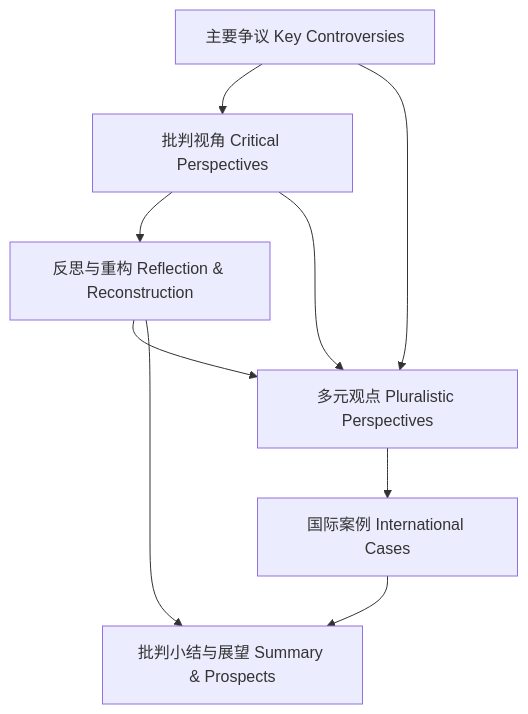
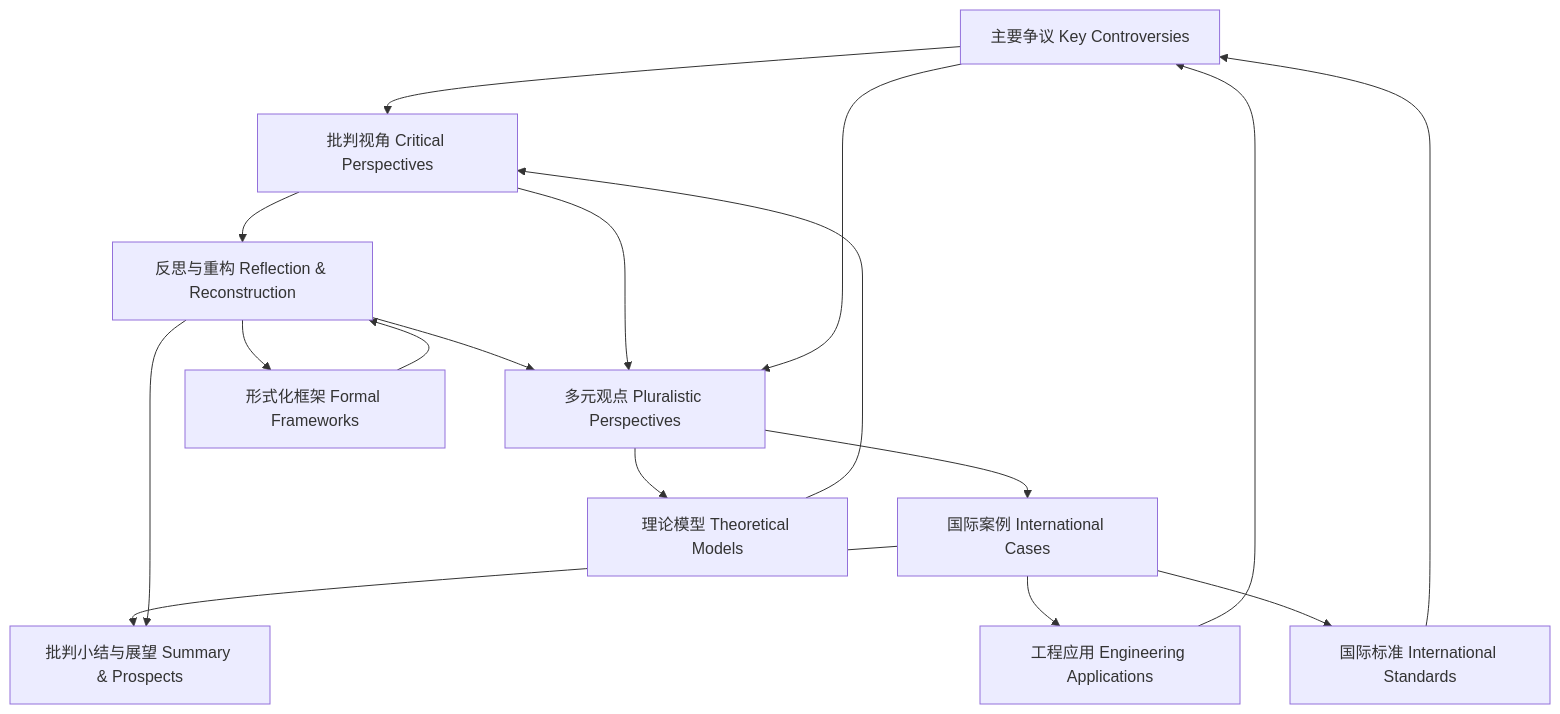
The diagram in 8.网络系统/8.2 批判分析/8.2.7 批判分析知识图谱.md (AdaMartin18010/SystemOSIOT), drawn with Mermaid before and after one commit. The commit also changed other lines of this file and 2 other files, not shown here.

````diff
--- a/8.网络系统/8.2 批判分析/8.2.7 批判分析知识图谱.md
+++ b/8.网络系统/8.2 批判分析/8.2.7 批判分析知识图谱.md
@@ -38,13 +87,26 @@
 ```mermaid
 graph TD
   A[主要争议 Key Controversies]
   B[批判视角 Critical Perspectives]
   C[反思与重构 Reflection & Reconstruction]
   D[多元观点 Pluralistic Perspectives]
   E[国际案例 International Cases]
   F[批判小结与展望 Summary & Prospects]
+  G[工程应用 Engineering Applications]
+  H[国际标准 International Standards]
+  I[理论模型 Theoretical Models]
+  J[形式化框架 Formal Frameworks]
+  
   A --> B --> C --> D --> E --> F
   B --> D
   A --> D
   C --> F
+  G --> A
+  H --> A
+  I --> B
+  J --> C
+  E --> G
+  E --> H
+  D --> I
+  C --> J
 ```
````
